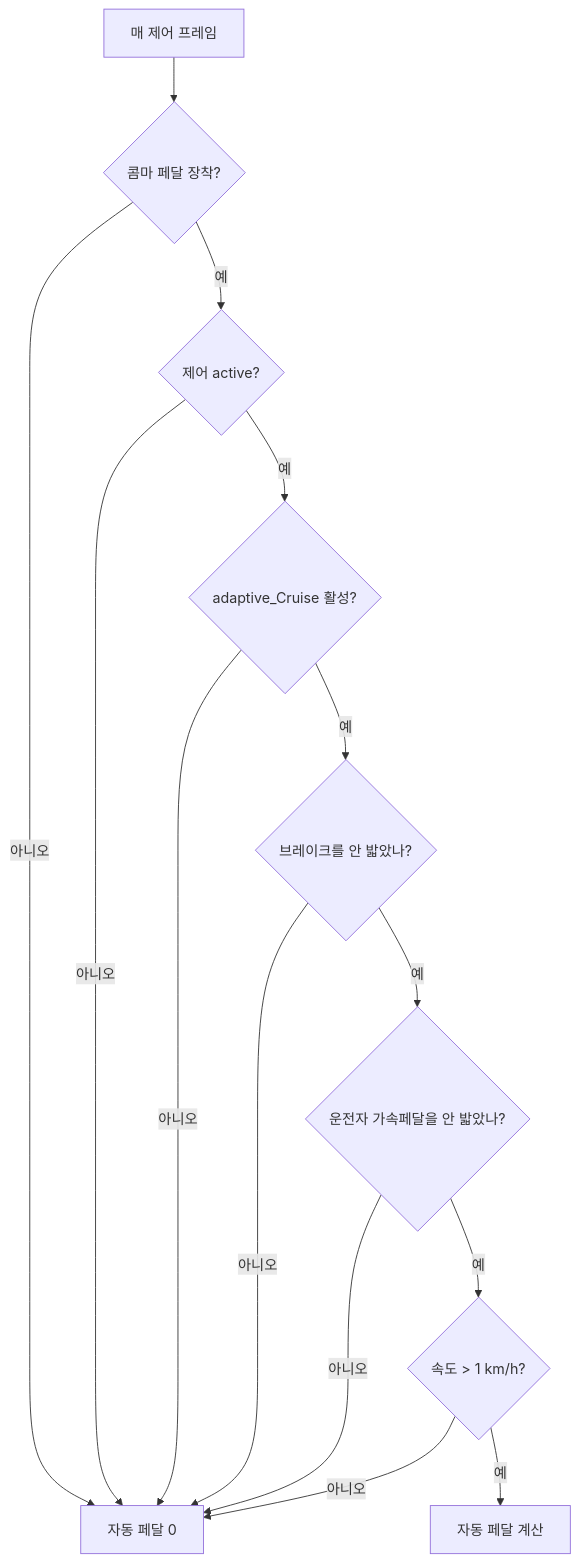
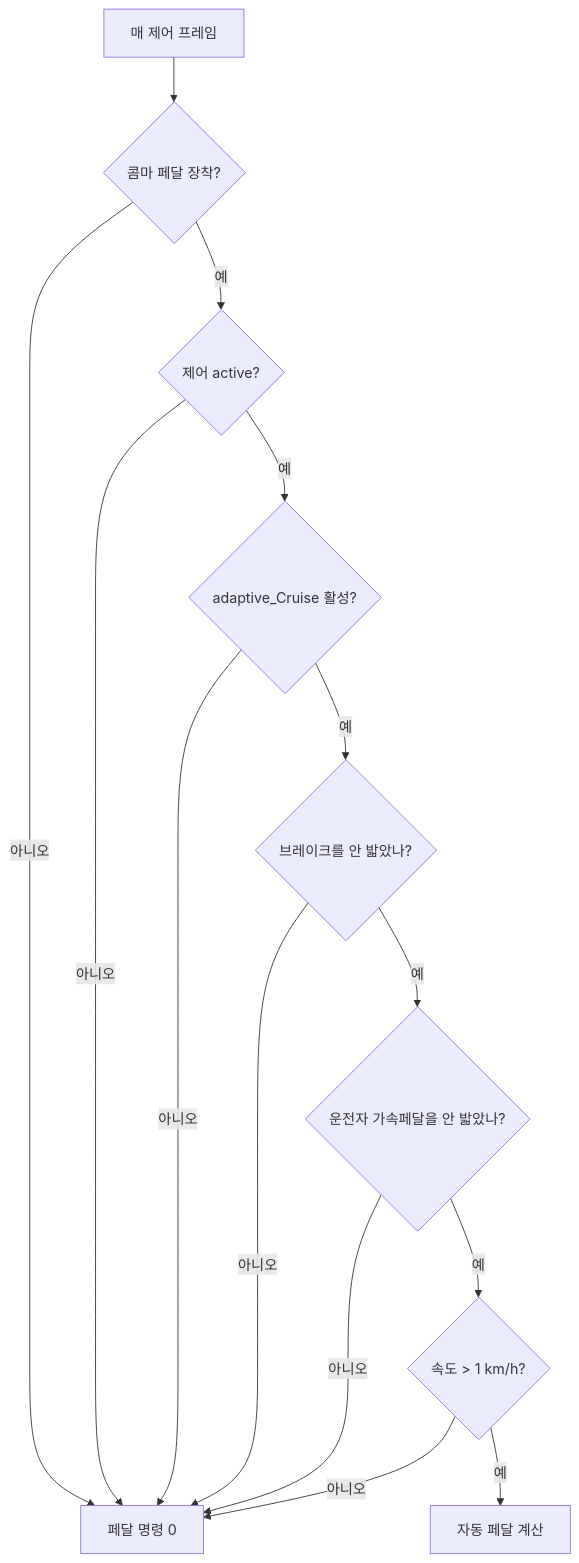
One commit to parksunkyu81/equinox-0.8.14-origin changed the fifth of 6 diagrams in docs/comma_pedal.md. Above: the diagram before and after it, drawn with Mermaid. The commit also changed other lines of this file and 6 other files, not shown here.

````diff
--- a/docs/comma_pedal.md
+++ b/docs/comma_pedal.md
@@ -79,16 +279,16 @@
 ```mermaid
 flowchart TD
   S["매 제어 프레임"] --> A{"콤마 페달 장착?"}
-  A -- 아니오 --> X["자동 페달 0"]
-  A -- 예 --> B{"제어 active?"}
-  B -- 아니오 --> X
-  B -- 예 --> C{"adaptive_Cruise 활성?"}
-  C -- 아니오 --> X
-  C -- 예 --> D{"브레이크를 안 밟았나?"}
-  D -- 아니오 --> X
-  D -- 예 --> E{"운전자 가속페달을 안 밟았나?"}
-  E -- 아니오 --> X
-  E -- 예 --> F{"속도 > 1 km/h?"}
-  F -- 아니오 --> X
-  F -- 예 --> P["자동 페달 계산"]
+  A -- "아니오" --> X["페달 명령 0"]
+  A -- "예" --> B{"제어 active?"}
+  B -- "아니오" --> X
+  B -- "예" --> C{"adaptive_Cruise 활성?"}
+  C -- "아니오" --> X
+  C -- "예" --> D{"브레이크를 안 밟았나?"}
+  D -- "아니오" --> X
+  D -- "예" --> E{"운전자 가속페달을 안 밟았나?"}
+  E -- "아니오" --> X
+  E -- "예" --> F{"속도 > 1 km/h?"}
+  F -- "아니오" --> X
+  F -- "예" --> P["자동 페달 계산"]
 ```
````
